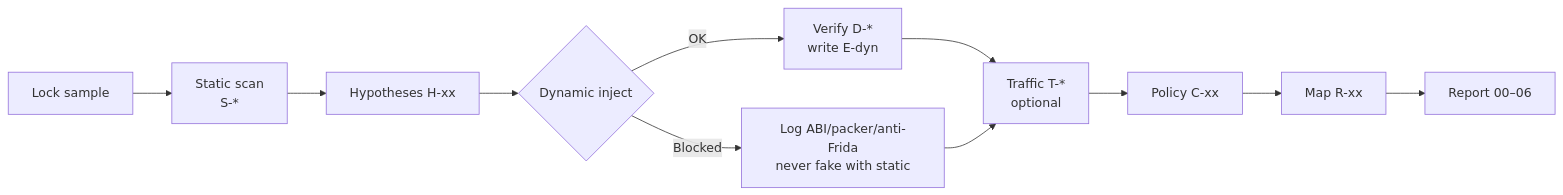
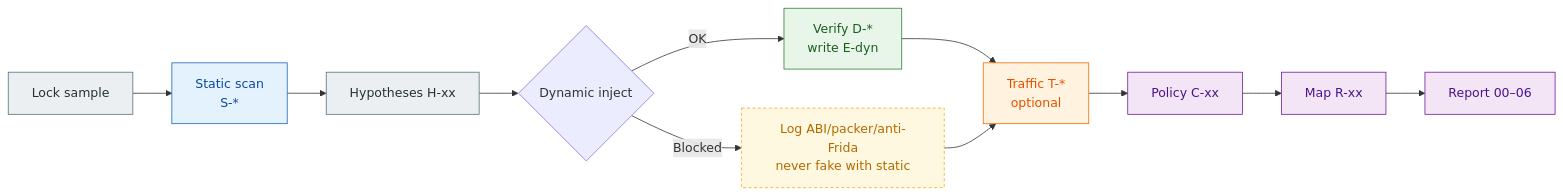
One commit to ConradLu2740/app-privacy-audit changed the fourth of 6 diagrams in README.en.md. Above: the diagram before and after it, drawn with Mermaid. The commit also changed other lines of this file and 7 other files, not shown here.

First line of the commit message:
Upgrade all diagrams: unified styling, gate markers, data visualization

````diff
--- a/README.en.md
+++ b/README.en.md
@@ -122,13 +170,27 @@
 ```mermaid
 flowchart LR
+  classDef input fill:#ECEFF1,stroke:#546E7A,color:#263238;
+  classDef stat fill:#E3F2FD,stroke:#1565C0,color:#0D47A1;
+  classDef dyn fill:#E8F5E9,stroke:#2E7D32,color:#1B5E20;
+  classDef trf fill:#FFF3E0,stroke:#EF6C00,color:#E65100;
+  classDef blocked fill:#FFF8E1,stroke:#F9A825,color:#B26A00,stroke-dasharray:4 3;
+  classDef pol fill:#F3E5F5,stroke:#6A1B9A,color:#4A148C;
+
   A["Lock sample"] --> B["Static scan<br/>S-*"]
   B --> C["Hypotheses H-xx"]
   C --> D{"Dynamic inject"}
   D -->|OK| E["Verify D-*<br/>write E-dyn"]
   D -->|Blocked| F["Log ABI/packer/anti-Frida<br/>never fake with static"]
   E --> G["Traffic T-*<br/>optional"]
   F --> G
   G --> H["Policy C-xx"]
   H --> I["Map R-xx"]
   I --> J["Report 00–06"]
+
+  class A,C input;
+  class B stat;
+  class E dyn;
+  class F blocked;
+  class G trf;
+  class H,I,J pol;
 ```
````
